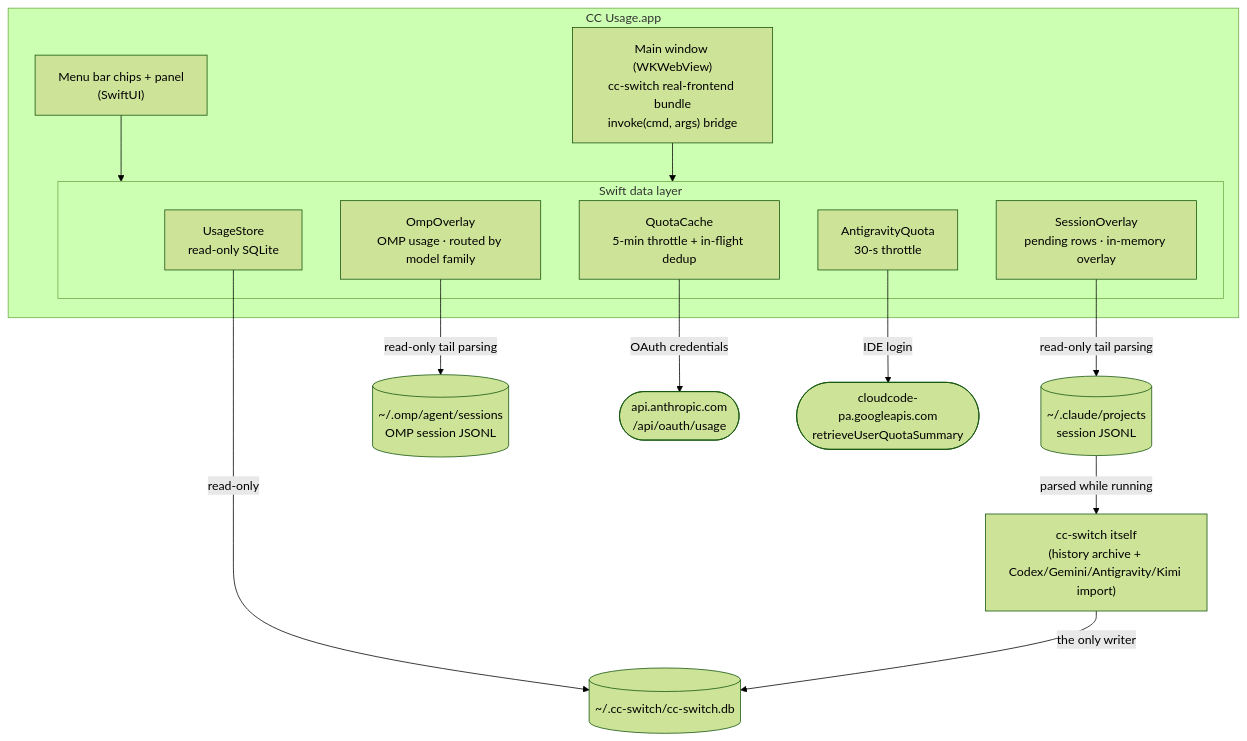
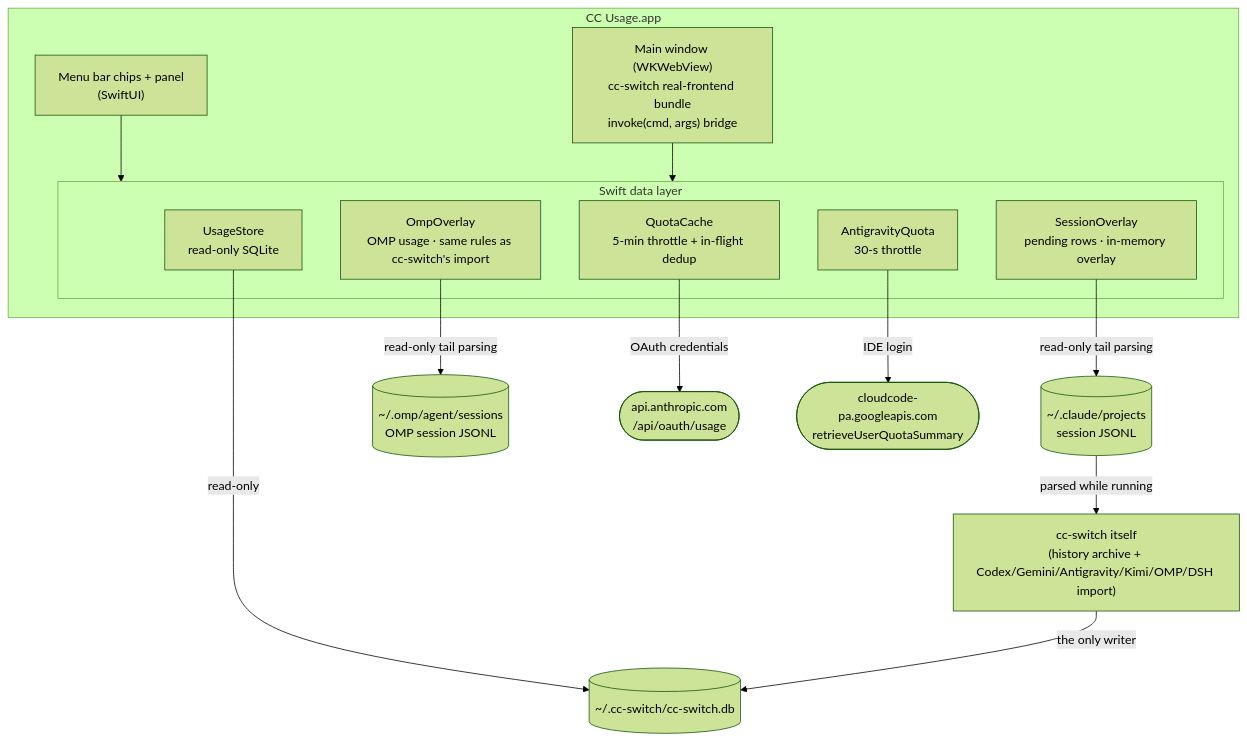
Before and after one commit to Eureka0w0v0/cc-usage: the diagram in README.md, drawn with Mermaid (forest theme). The commit also changed other lines of this file and 1 other file, not shown here.

First line of the commit message:
docs(readme): OMP 改为对齐 cc-switch v4.0.22 导入、单独成组，分组列表补 Oh My Pi / DeepSeek Harness

````diff
--- a/README.md
+++ b/README.md
@@ -84,30 +84,30 @@
 ```mermaid
 flowchart TB
     subgraph app["CC Usage.app"]
         menubar["Menu bar chips + panel<br/>(SwiftUI)"]
         panel["Main window (WKWebView)<br/>cc-switch real-frontend bundle<br/>invoke(cmd, args) bridge"]
         subgraph layer["Swift data layer"]
             UsageStore["UsageStore<br/>read-only SQLite"]
             SessionOverlay["SessionOverlay<br/>pending rows · in-memory overlay"]
-            OmpOverlay["OmpOverlay<br/>OMP usage · routed by model family"]
+            OmpOverlay["OmpOverlay<br/>OMP usage · same rules as cc-switch's import"]
             QuotaCache["QuotaCache<br/>5-min throttle + in-flight dedup"]
             AgyQuota["AntigravityQuota<br/>30-s throttle"]
         end
         menubar --> layer
         panel --> layer
     end
     db[("~/.cc-switch/cc-switch.db")]
     jsonl[("~/.claude/projects<br/>session JSONL")]
     ompjsonl[("~/.omp/agent/sessions<br/>OMP session JSONL")]
     api(["api.anthropic.com<br/>/api/oauth/usage"])
     google(["cloudcode-pa.googleapis.com<br/>retrieveUserQuotaSummary"])
-    ccswitch["cc-switch itself<br/>(history archive + Codex/Gemini/Antigravity/Kimi import)"]
+    ccswitch["cc-switch itself<br/>(history archive + Codex/Gemini/Antigravity/Kimi/OMP/DSH import)"]
 
     UsageStore -->|"read-only"| db
     SessionOverlay -->|"read-only tail parsing"| jsonl
     OmpOverlay -->|"read-only tail parsing"| ompjsonl
     QuotaCache -->|"OAuth credentials"| api
     AgyQuota -->|"IDE login"| google
     jsonl -->|"parsed while running"| ccswitch
     ccswitch -->|"the only writer"| db
 ```
````
